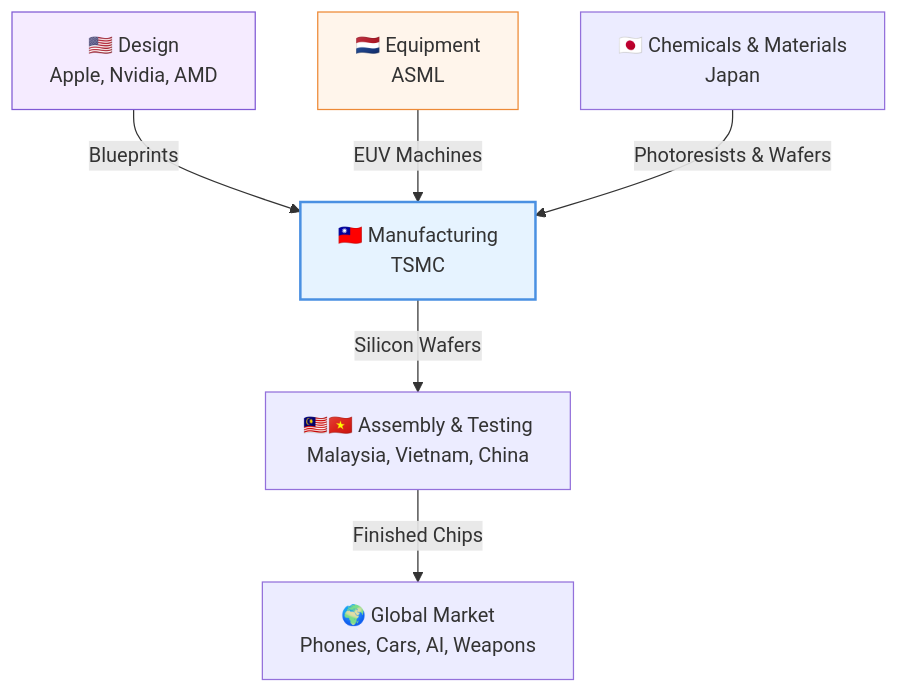
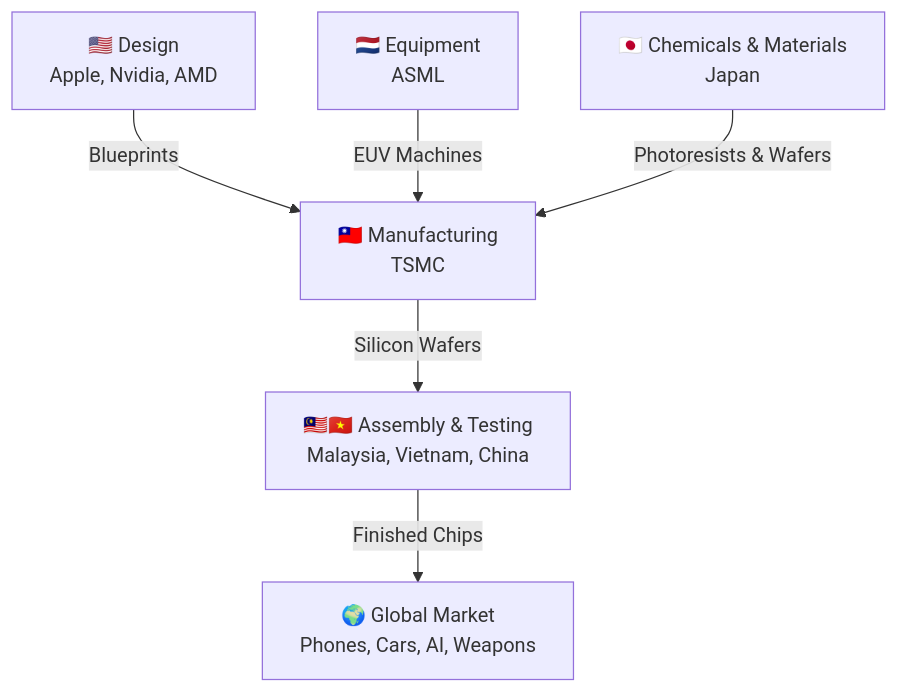
The diagram in line25_geopolitics_of_silicon.md (vdonthireddy/ai-knowledge-base), drawn with Mermaid before and after one commit. The commit also changed 30 other files, not shown here.

Commit message:
chore: Rename files and fix mermaid diagram styles for dark mode compatibility

````diff
--- a/line25_geopolitics_of_silicon.md
+++ b/line25_geopolitics_of_silicon.md
@@ -23,12 +23,9 @@
 ```mermaid
 graph TD
     A[🇺🇸 Design<br/>Apple, Nvidia, AMD] -->|Blueprints| B[🇹🇼 Manufacturing<br/>TSMC]
     C[🇳🇱 Equipment<br/>ASML] -->|EUV Machines| B
     D[🇯🇵 Chemicals & Materials<br/>Japan] -->|Photoresists & Wafers| B
     B -->|Silicon Wafers| E[🇲🇾🇻🇳 Assembly & Testing<br/>Malaysia, Vietnam, China]
     E -->|Finished Chips| F[🌍 Global Market<br/>Phones, Cars, AI, Weapons]
     
-    style B fill:#e6f3ff,stroke:#4a90e2,stroke-width:2px
-    style C fill:#fff5eb,stroke:#ed8936
-    style A fill:#f5ebff,stroke:#805ad5
 ```
````
